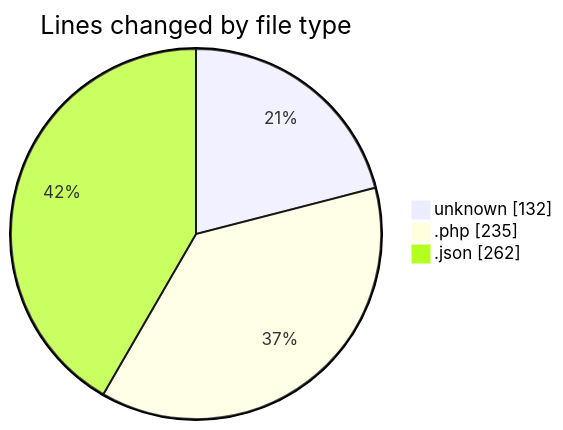
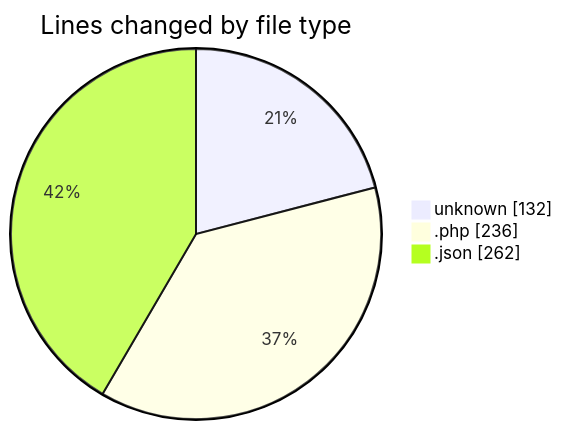
Before and after one commit to idhammustaqopulfikri/code-tracking: the first of 2 diagrams in 2025-11-13/futsal-recommender/README.md, drawn with Mermaid. The commit also changed other lines of this file and 1 other file, not shown here.

````diff
--- a/2025-11-13/futsal-recommender/README.md
+++ b/2025-11-13/futsal-recommender/README.md
@@ -24,7 +24,7 @@
 ```mermaid
 pie showData
 title Lines changed by file type
 "unknown" : 132
-".php" : 235
+".php" : 236
 ".json" : 262
 ```
````
